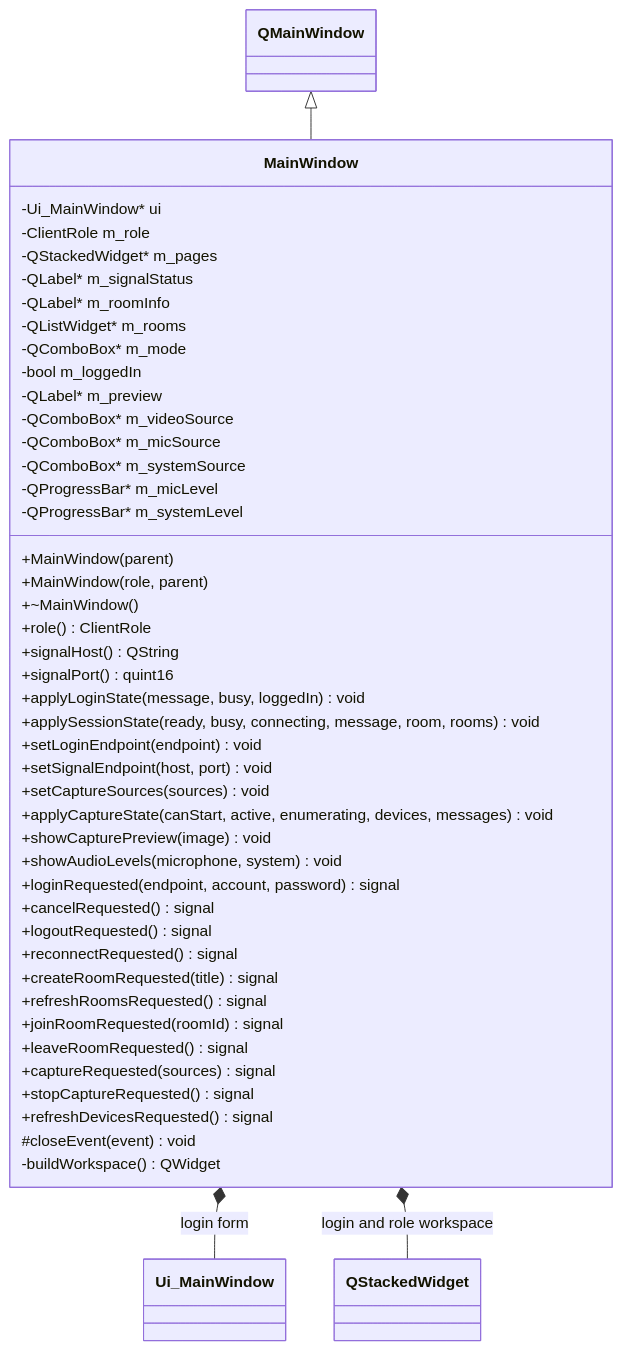
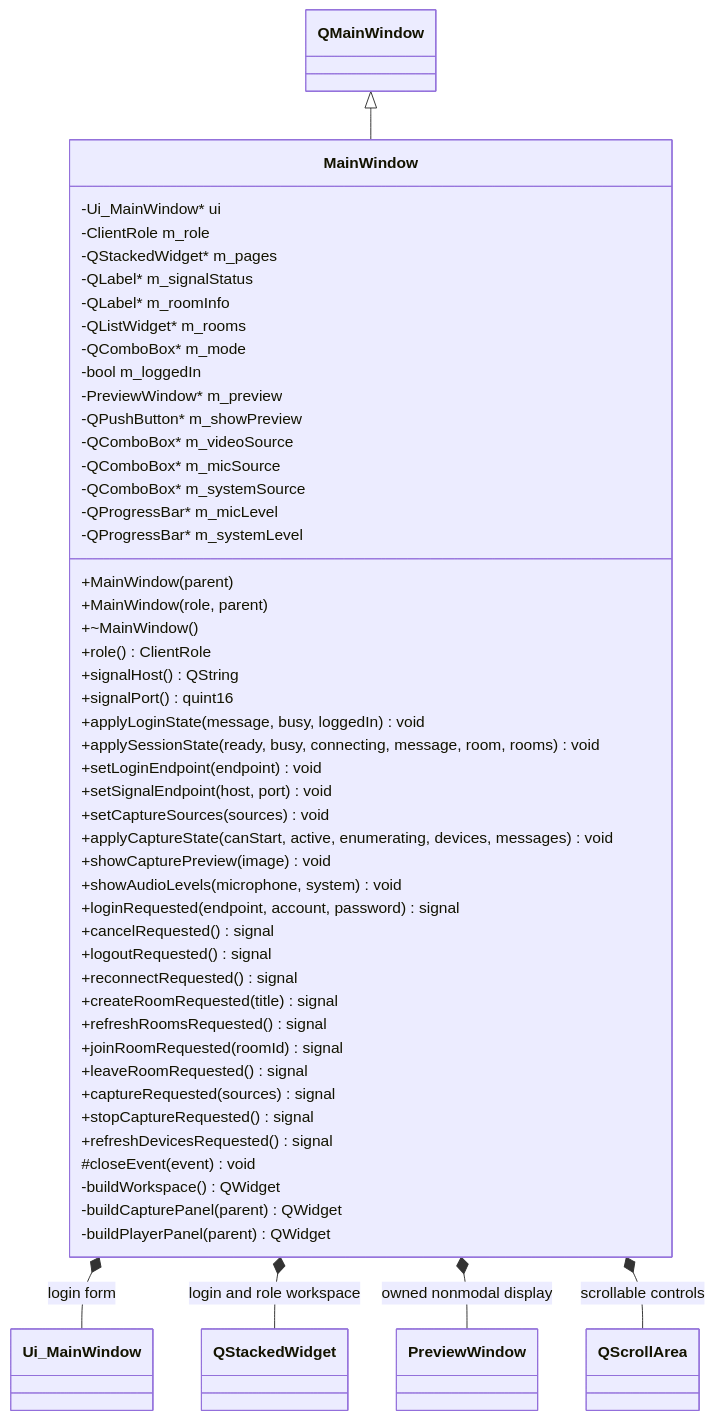
Before and after one commit to kingsman-svg/OBS: the diagram in docs/uml/MainWindow.mmd, drawn with Mermaid. The commit also changed 29 other files, not shown here.

```diff
--- a/docs/uml/MainWindow.mmd
+++ b/docs/uml/MainWindow.mmd
@@ -1,47 +1,52 @@
 classDiagram
 class MainWindow {
   -Ui_MainWindow* ui
   -ClientRole m_role
   -QStackedWidget* m_pages
   -QLabel* m_signalStatus
   -QLabel* m_roomInfo
   -QListWidget* m_rooms
   -QComboBox* m_mode
   -bool m_loggedIn
-  -QLabel* m_preview
+  -PreviewWindow* m_preview
+  -QPushButton* m_showPreview
   -QComboBox* m_videoSource
   -QComboBox* m_micSource
   -QComboBox* m_systemSource
   -QProgressBar* m_micLevel
   -QProgressBar* m_systemLevel
   +MainWindow(parent)
   +MainWindow(role, parent)
   +~MainWindow()
   +role() ClientRole
   +signalHost() QString
   +signalPort() quint16
   +applyLoginState(message, busy, loggedIn) void
   +applySessionState(ready, busy, connecting, message, room, rooms) void
   +setLoginEndpoint(endpoint) void
   +setSignalEndpoint(host, port) void
   +setCaptureSources(sources) void
   +applyCaptureState(canStart, active, enumerating, devices, messages) void
   +showCapturePreview(image) void
   +showAudioLevels(microphone, system) void
   +loginRequested(endpoint, account, password) signal
   +cancelRequested() signal
   +logoutRequested() signal
   +reconnectRequested() signal
   +createRoomRequested(title) signal
   +refreshRoomsRequested() signal
   +joinRoomRequested(roomId) signal
   +leaveRoomRequested() signal
   +captureRequested(sources) signal
   +stopCaptureRequested() signal
   +refreshDevicesRequested() signal
   #closeEvent(event) void
   -buildWorkspace() QWidget
+  -buildCapturePanel(parent) QWidget
+  -buildPlayerPanel(parent) QWidget
 }
 QMainWindow <|-- MainWindow
 MainWindow *-- Ui_MainWindow : login form
 MainWindow *-- QStackedWidget : login and role workspace
+MainWindow *-- PreviewWindow : owned nonmodal display
+MainWindow *-- QScrollArea : scrollable controls
```
